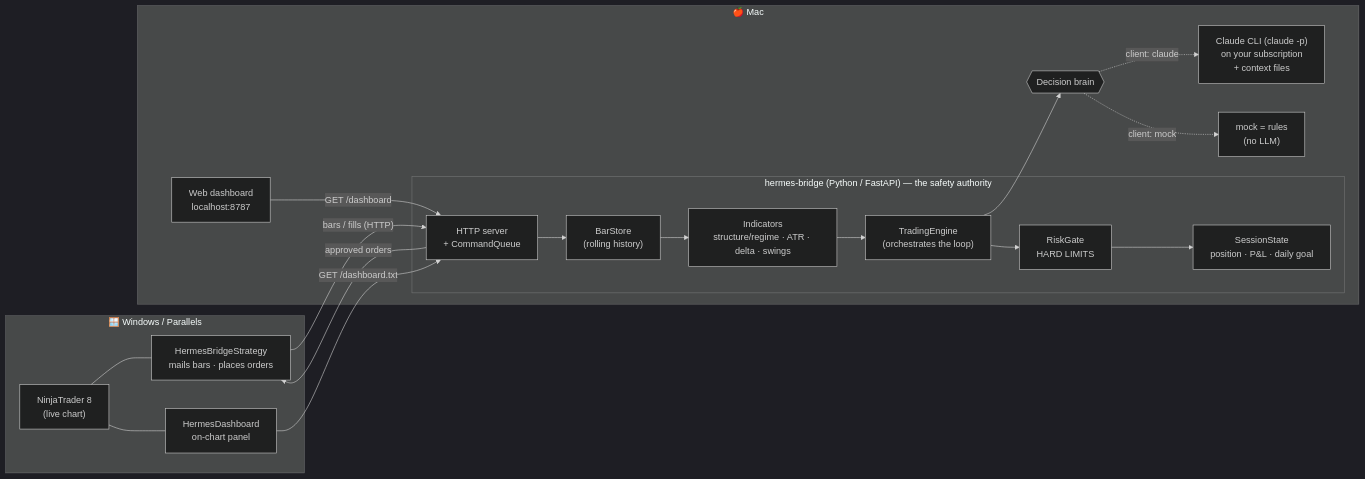
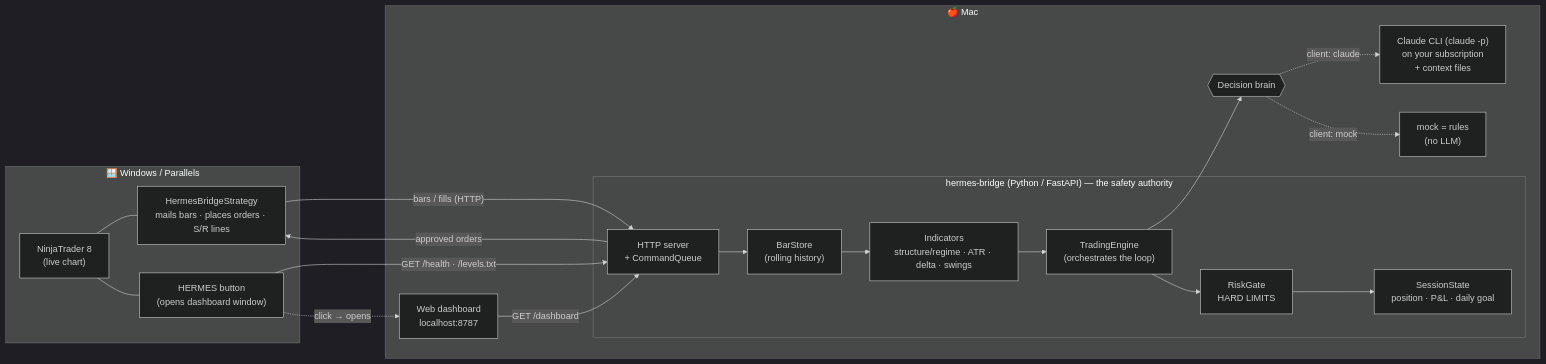
Before and after one commit to rrhodeswebdev/hermes-agent-nt: the first of 3 diagrams in docs/WALKTHROUGH.md, drawn with Mermaid (dark theme). The commit also changed other lines of this file and 3 other files, not shown here.

First line of the commit message:
Embed the HTML dashboard in a NinjaTrader window via an on-chart button (#5)

````diff
--- a/docs/WALKTHROUGH.md
+++ b/docs/WALKTHROUGH.md
@@ -42,35 +42,36 @@
 ```mermaid
 flowchart LR
     subgraph WIN["🪟 Windows / Parallels"]
         NT["NinjaTrader 8<br/>(live chart)"]
-        STRAT["HermesBridgeStrategy<br/>mails bars · places orders"]
-        PANEL["HermesDashboard<br/>on-chart panel"]
+        STRAT["HermesBridgeStrategy<br/>mails bars · places orders · S/R lines"]
+        PANEL["HERMES button<br/>(opens dashboard window)"]
         NT --- STRAT
         NT --- PANEL
     end
 
     subgraph MAC["🍎 Mac"]
         subgraph BR["hermes-bridge (Python / FastAPI) — the safety authority"]
             SRV["HTTP server<br/>+ CommandQueue"]
             STORE["BarStore<br/>(rolling history)"]
             IND["Indicators<br/>structure/regime · ATR · delta · swings"]
             ENG["TradingEngine<br/>(orchestrates the loop)"]
             SESS["SessionState<br/>position · P&amp;L · daily goal"]
             RISK["RiskGate<br/>HARD LIMITS"]
         end
         BRAIN{{"Decision brain"}}
         MOCK["mock = rules<br/>(no LLM)"]
         CLAUDE["Claude CLI (claude -p)<br/>on your subscription<br/>+ context files"]
         WEB["Web dashboard<br/>localhost:8787"]
     end
 
     STRAT -- "bars / fills (HTTP)" --> SRV
     SRV -- "approved orders" --> STRAT
     SRV --> STORE --> IND --> ENG
     ENG --> BRAIN
     BRAIN -. "client: claude" .-> CLAUDE
     BRAIN -. "client: mock" .-> MOCK
     ENG --> RISK --> SESS
-    PANEL -- "GET /dashboard.txt" --> SRV
+    PANEL -- "GET /health · /levels.txt" --> SRV
+    PANEL -. "click → opens" .-> WEB
     WEB -- "GET /dashboard" --> SRV
 ```
````
